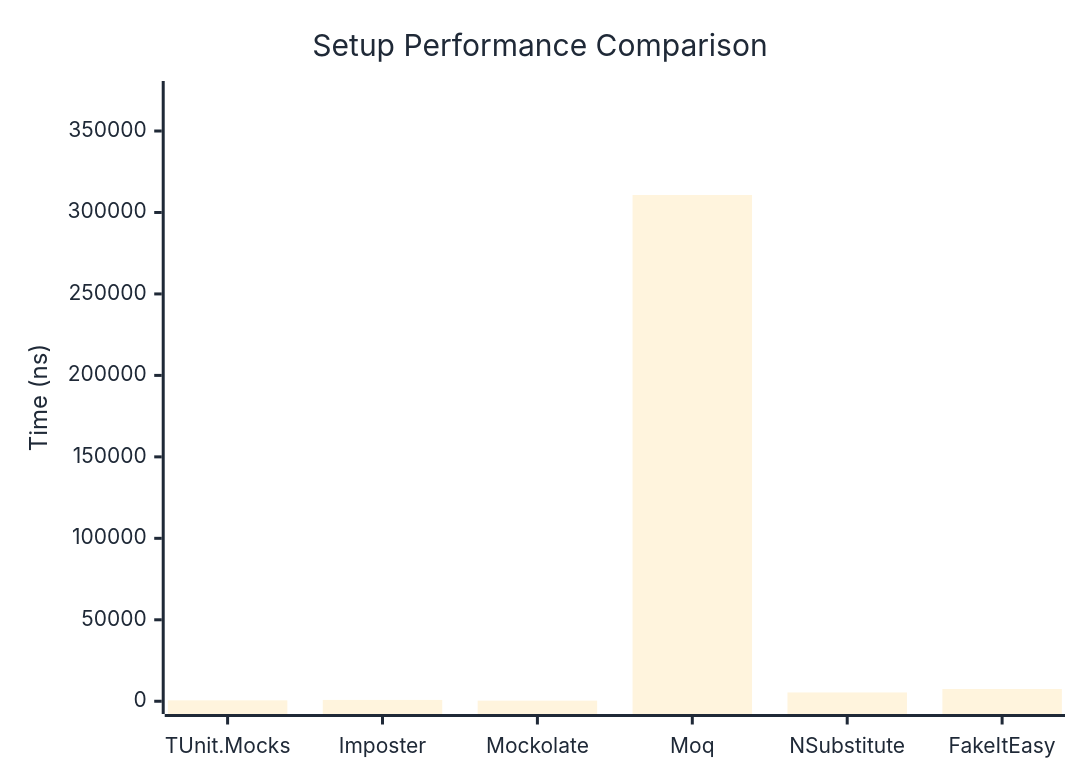
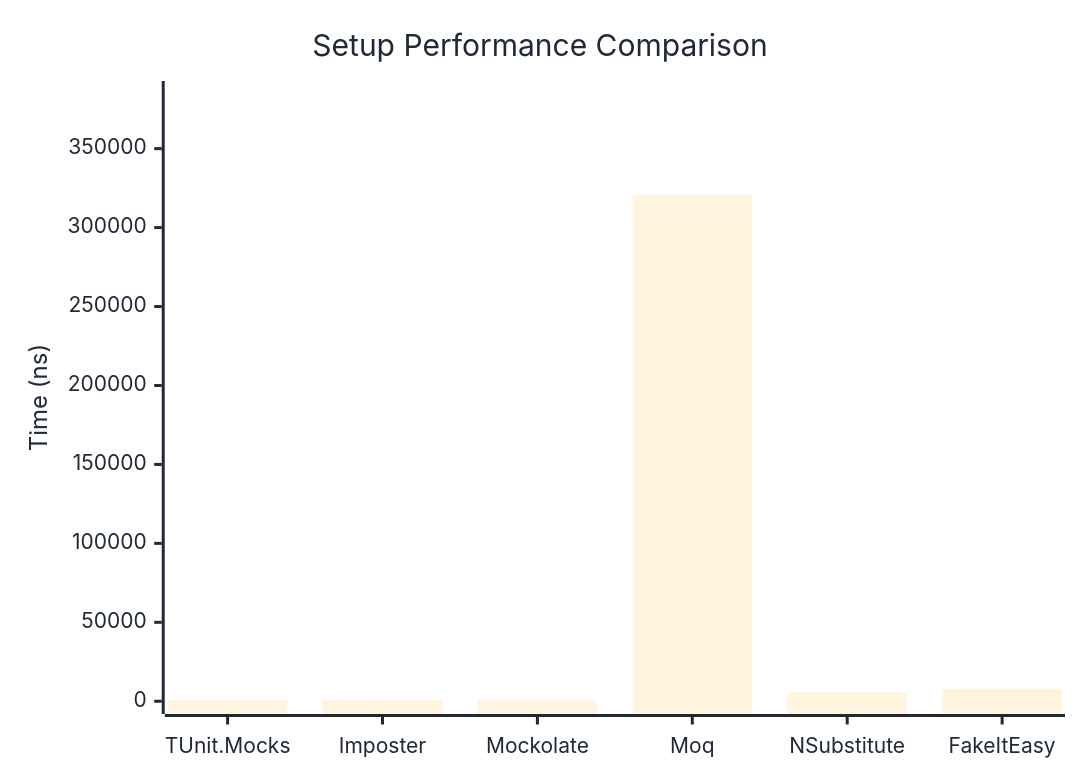
One commit to thomhurst/TUnit changed the first of 2 diagrams in docs/docs/benchmarks/mocks/Setup.md. Above: the diagram before and after it, drawn with Mermaid. The commit also changed other lines of this file and 14 other files, not shown here.

````diff
--- a/docs/docs/benchmarks/mocks/Setup.md
+++ b/docs/docs/benchmarks/mocks/Setup.md
@@ -30,27 +30,27 @@
 ```mermaid
 %%{init: {
   'theme':'base',
   'themeVariables': {
     'primaryColor': '#2563eb',
     'primaryTextColor': '#1f2937',
     'primaryBorderColor': '#1e40af',
     'lineColor': '#6b7280',
     'secondaryColor': '#7c3aed',
     'tertiaryColor': '#dc2626',
     'background': '#ffffff',
     'pie1': '#2563eb',
     'pie2': '#7c3aed',
     'pie3': '#dc2626',
     'pie4': '#f59e0b',
     'pie5': '#10b981',
     'pie6': '#06b6d4',
     'pie7': '#ec4899',
     'pie8': '#6366f1'
   }
 }}%%
 xychart-beta
   title "Setup Performance Comparison"
   x-axis ["TUnit.Mocks", "Imposter", "Mockolate", "Moq", "NSubstitute", "FakeItEasy"]
-  y-axis "Time (ns)" 0 --> 372869
-  bar [558.8, 800.9, 368.1, 310723.5, 5404.6, 7517.5]
+  y-axis "Time (ns)" 0 --> 384769
+  bar [659, 1040, 370.7, 320640.3, 5563.2, 7671.2]
 ```
````
